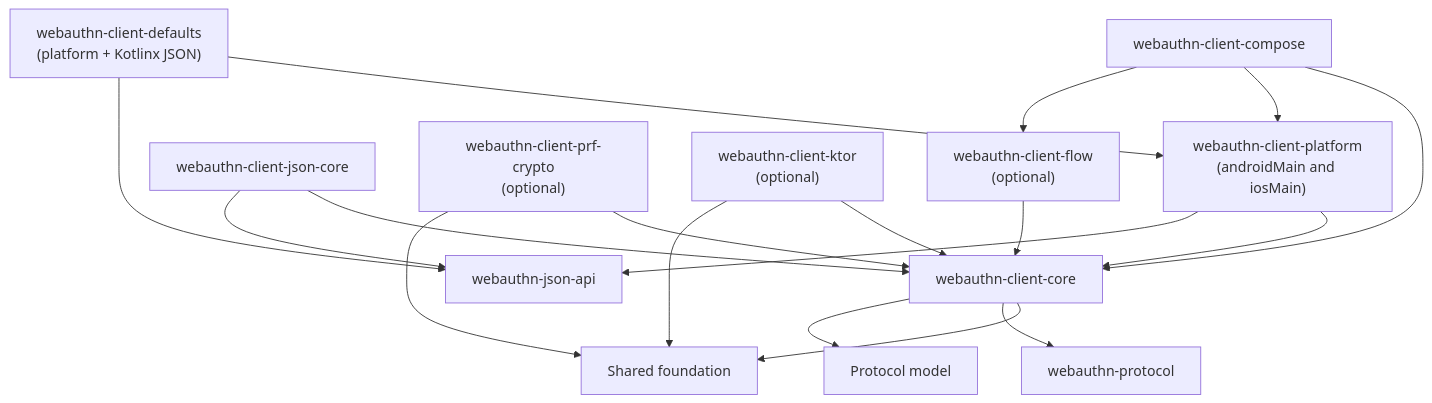
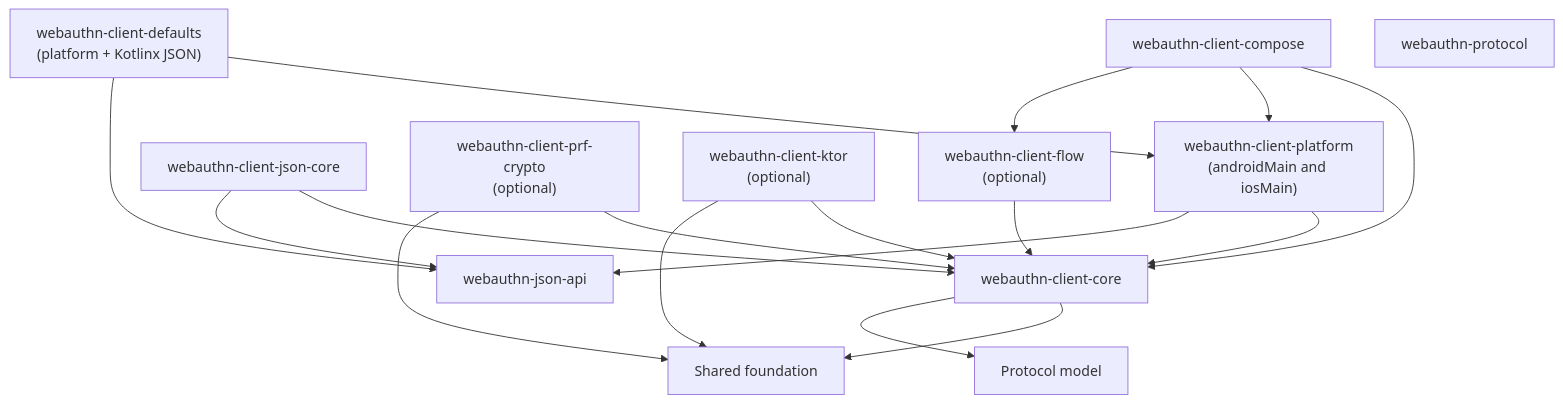
Before and after one commit to szijpeter/webauthn-kotlin-multiplatform: the third of 4 diagrams in docs/architecture.md, drawn with Mermaid. The commit also changed other lines of this file and 37 other files, not shown here.

````diff
--- a/docs/architecture.md
+++ b/docs/architecture.md
@@ -91,38 +91,37 @@
 ```mermaid
 flowchart TB
     COMPOSE["webauthn-client-compose"]
     DEFAULTS["webauthn-client-defaults<br/>(platform + Kotlinx JSON)"]
     PLATFORM["webauthn-client-platform<br/>(androidMain and iosMain)"]
     JSON["webauthn-client-json-core"]
     PRF["webauthn-client-prf-crypto<br/>(optional)"]
     NETWORK["webauthn-client-ktor<br/>(optional)"]
     CLIENT_CORE["webauthn-client-core"]
     CLIENT_FLOW["webauthn-client-flow<br/>(optional)"]
     JSON_API["webauthn-json-api"]
     PROTOCOL["webauthn-protocol"]
     FOUNDATION["Shared foundation"]
     MODEL["Protocol model"]
 
     COMPOSE --> CLIENT_CORE
     COMPOSE --> PLATFORM
     COMPOSE --> CLIENT_FLOW
     DEFAULTS --> PLATFORM
     DEFAULTS --> JSON_API
 
     PLATFORM --> CLIENT_CORE
     PLATFORM --> JSON_API
 
     JSON --> CLIENT_CORE
     JSON --> JSON_API
 
     PRF --> CLIENT_CORE
     PRF --> FOUNDATION
 
     NETWORK --> CLIENT_CORE
     NETWORK --> FOUNDATION
 
     CLIENT_CORE --> FOUNDATION
-    CLIENT_CORE --> PROTOCOL
     CLIENT_CORE --> MODEL
     CLIENT_FLOW --> CLIENT_CORE
 ```
````
